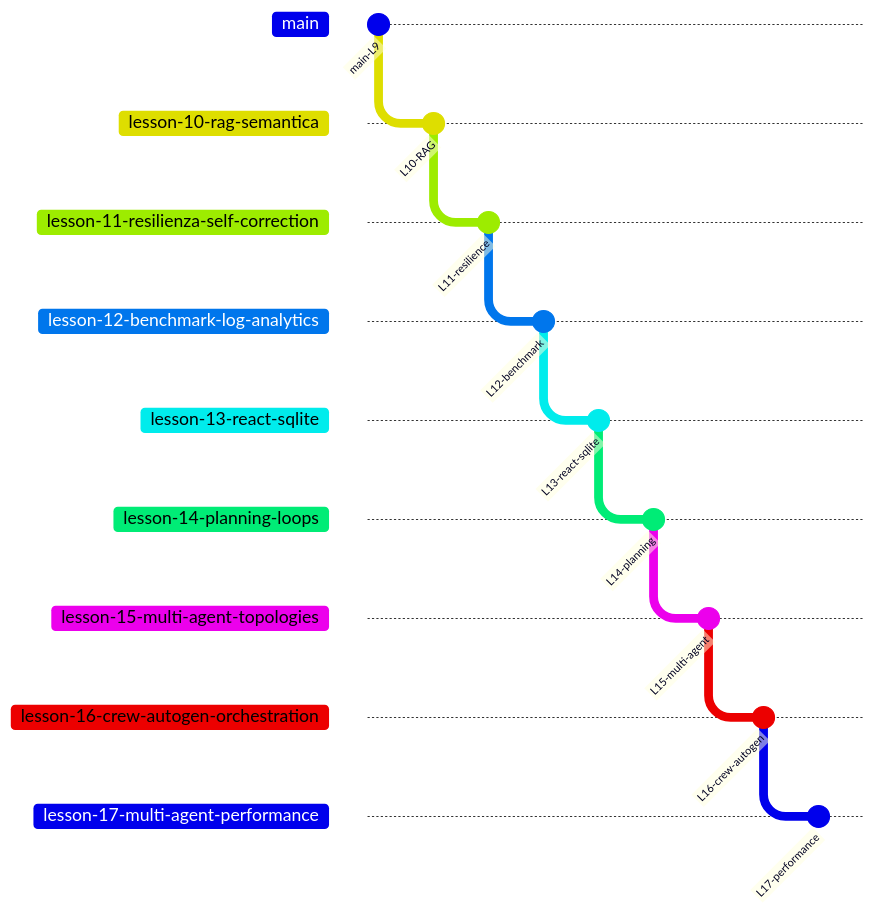
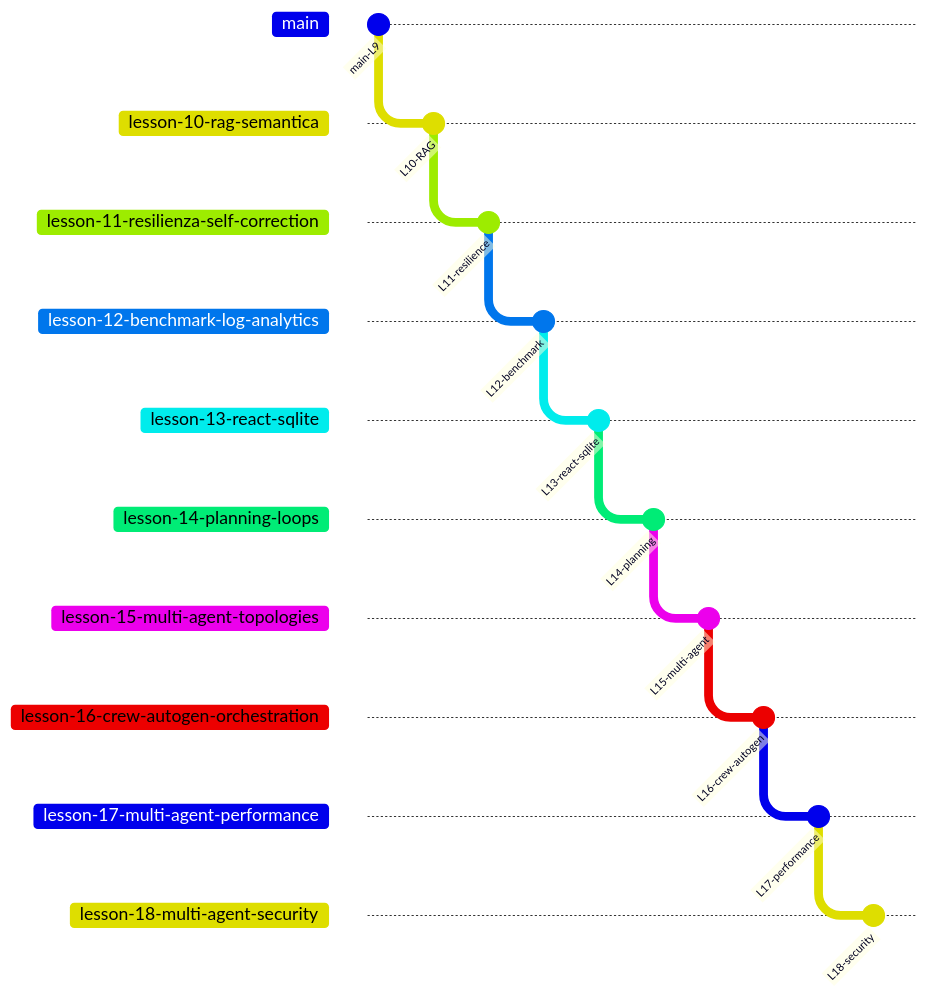
The diagram in docs/CORSO_LEZIONI.md (Impesud/agentic-triage-system), drawn with Mermaid before and after one commit. The commit also changed other lines of this file and 43 other files, not shown here.

First line of the commit message:
feat(lesson-18): sicurezza multi-agente e report ibrido HTML+JSON

````diff
--- a/docs/CORSO_LEZIONI.md
+++ b/docs/CORSO_LEZIONI.md
@@ -20,28 +21,31 @@
 ```mermaid
 gitGraph
   commit id: "main-L9"
   branch lesson-10-rag-semantica
   checkout lesson-10-rag-semantica
   commit id: "L10-RAG"
   branch lesson-11-resilienza-self-correction
   checkout lesson-11-resilienza-self-correction
   commit id: "L11-resilience"
   branch lesson-12-benchmark-log-analytics
   checkout lesson-12-benchmark-log-analytics
   commit id: "L12-benchmark"
   branch lesson-13-react-sqlite
   checkout lesson-13-react-sqlite
   commit id: "L13-react-sqlite"
   branch lesson-14-planning-loops
   checkout lesson-14-planning-loops
   commit id: "L14-planning"
   branch lesson-15-multi-agent-topologies
   checkout lesson-15-multi-agent-topologies
   commit id: "L15-multi-agent"
   branch lesson-16-crew-autogen-orchestration
   checkout lesson-16-crew-autogen-orchestration
   commit id: "L16-crew-autogen"
   branch lesson-17-multi-agent-performance
   checkout lesson-17-multi-agent-performance
   commit id: "L17-performance"
+  branch lesson-18-multi-agent-security
+  checkout lesson-18-multi-agent-security
+  commit id: "L18-security"
 ```
````
